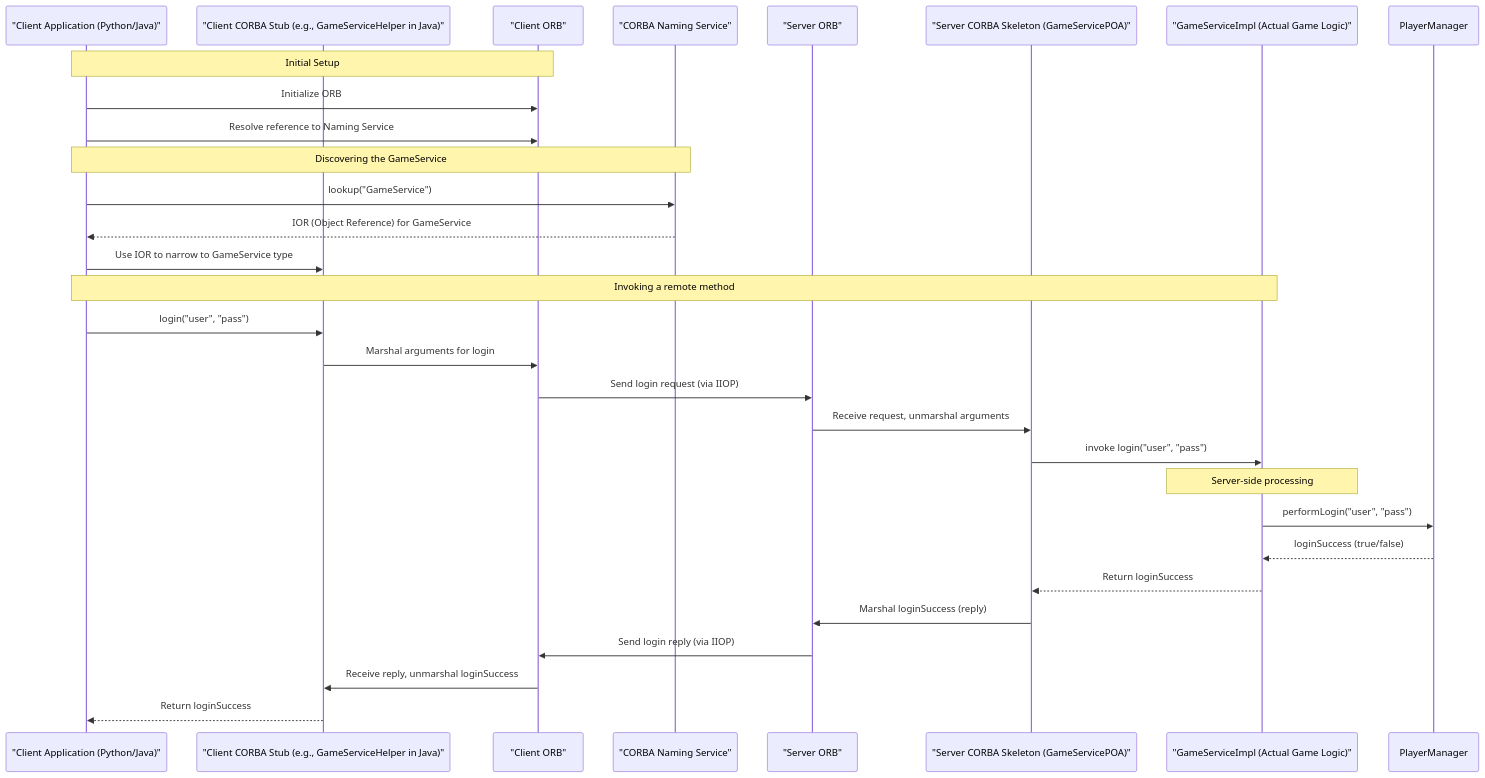
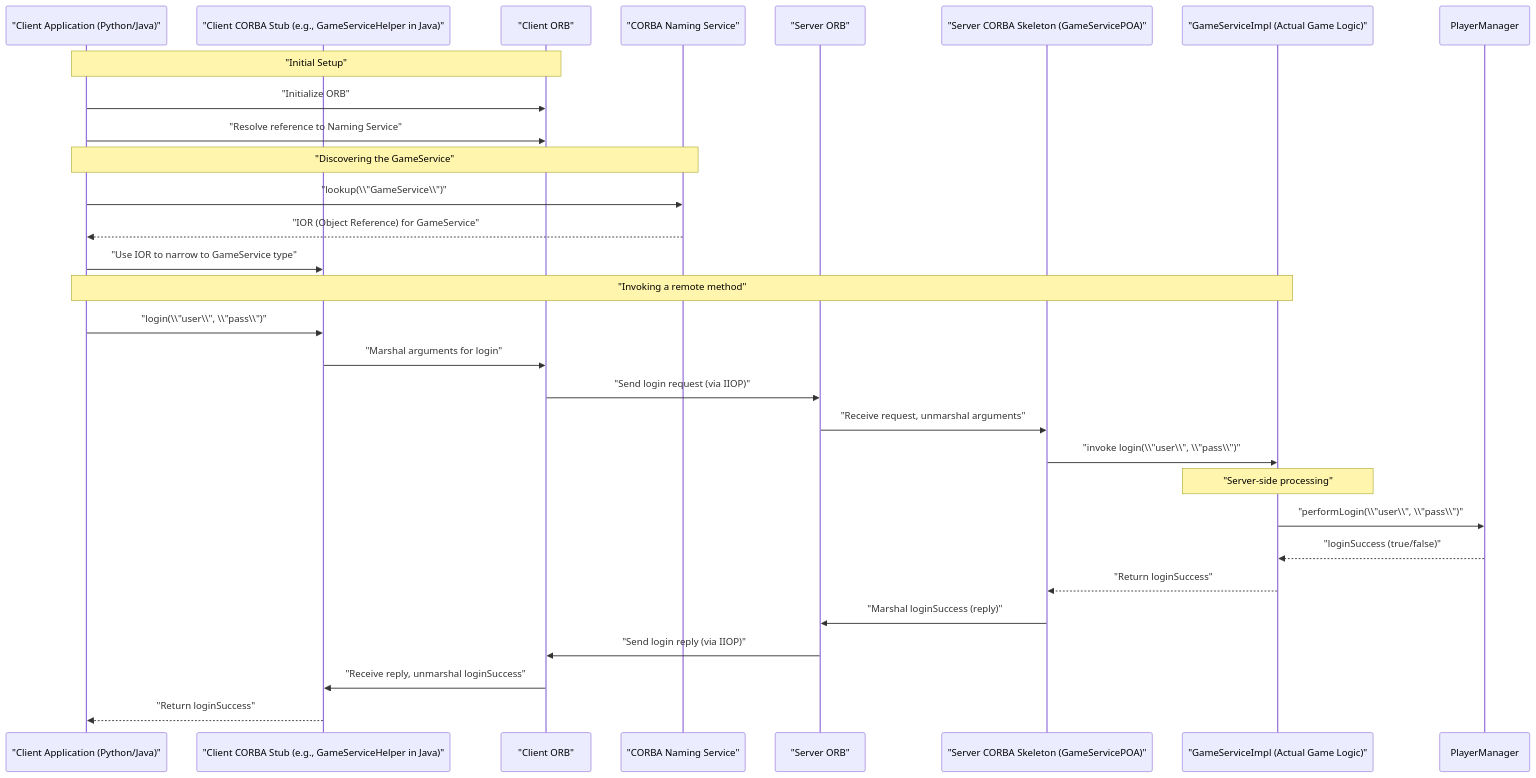
The second of 4 diagrams in PROJECT_REVIEWER_GUIDE.md (YuriHa-op/Hangman), drawn with Mermaid before and after one commit. The commit also changed other lines of this file and 1 other file, not shown here.

````diff
--- a/PROJECT_REVIEWER_GUIDE.md
+++ b/PROJECT_REVIEWER_GUIDE.md
@@ -82,40 +82,40 @@
 ```mermaid
 sequenceDiagram
     participant ClientApp as "Client Application (Python/Java)"
     participant ClientStub as "Client CORBA Stub (e.g., GameServiceHelper in Java)"
     participant ClientORB as "Client ORB"
     participant NamingService as "CORBA Naming Service"
     participant ServerORB as "Server ORB"
     participant ServerSkeleton as "Server CORBA Skeleton (GameServicePOA)"
     participant GameServiceImpl as "GameServiceImpl (Actual Game Logic)"
 
-    Note over ClientApp, ClientORB: Initial Setup
-    ClientApp->>ClientORB: Initialize ORB
-    ClientApp->>ClientORB: Resolve reference to Naming Service
+    Note over ClientApp, ClientORB: "Initial Setup"
+    ClientApp->>ClientORB: "Initialize ORB"
+    ClientApp->>ClientORB: "Resolve reference to Naming Service"
 
-    Note over ClientApp, NamingService: Discovering the GameService
-    ClientApp->>NamingService: lookup("GameService")
-    NamingService-->>ClientApp: IOR (Object Reference) for GameService
-    ClientApp->>ClientStub: Use IOR to narrow to GameService type
+    Note over ClientApp, NamingService: "Discovering the GameService"
+    ClientApp->>NamingService: "lookup(\\"GameService\\")"
+    NamingService-->>ClientApp: "IOR (Object Reference) for GameService"
+    ClientApp->>ClientStub: "Use IOR to narrow to GameService type"
 
-    Note over ClientApp, GameServiceImpl: Invoking a remote method
-    ClientApp->>ClientStub: login("user", "pass")
-    ClientStub->>ClientORB: Marshal arguments for login
+    Note over ClientApp, GameServiceImpl: "Invoking a remote method"
+    ClientApp->>ClientStub: "login(\\"user\\", \\"pass\\")"
+    ClientStub->>ClientORB: "Marshal arguments for login"
 
-    ClientORB->>ServerORB: Send login request (via IIOP)
+    ClientORB->>ServerORB: "Send login request (via IIOP)"
 
-    ServerORB->>ServerSkeleton: Receive request, unmarshal arguments
-    ServerSkeleton->>GameServiceImpl: invoke login("user", "pass")
+    ServerORB->>ServerSkeleton: "Receive request, unmarshal arguments"
+    ServerSkeleton->>GameServiceImpl: "invoke login(\\"user\\", \\"pass\\")"
 
-    Note over GameServiceImpl: Server-side processing
-    GameServiceImpl->>PlayerManager: performLogin("user", "pass")
-    PlayerManager-->>GameServiceImpl: loginSuccess (true/false)
+    Note over GameServiceImpl: "Server-side processing"
+    GameServiceImpl->>PlayerManager: "performLogin(\\"user\\", \\"pass\\")"
+    PlayerManager-->>GameServiceImpl: "loginSuccess (true/false)"
 
-    GameServiceImpl-->>ServerSkeleton: Return loginSuccess
+    GameServiceImpl-->>ServerSkeleton: "Return loginSuccess"
 
-    ServerSkeleton->>ServerORB: Marshal loginSuccess (reply)
-    ServerORB->>ClientORB: Send login reply (via IIOP)
+    ServerSkeleton->>ServerORB: "Marshal loginSuccess (reply)"
+    ServerORB->>ClientORB: "Send login reply (via IIOP)"
 
-    ClientORB->>ClientStub: Receive reply, unmarshal loginSuccess
-    ClientStub-->>ClientApp: Return loginSuccess
+    ClientORB->>ClientStub: "Receive reply, unmarshal loginSuccess"
+    ClientStub-->>ClientApp: "Return loginSuccess"
 ```
````
